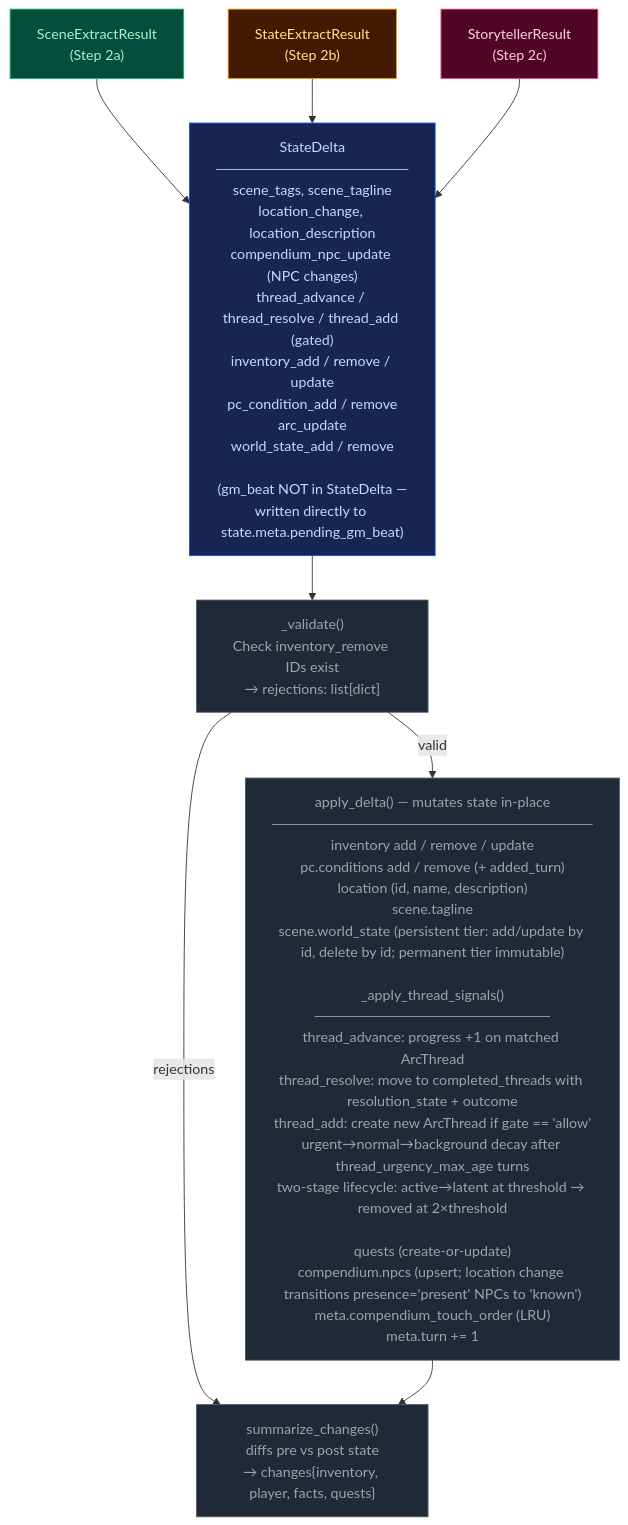
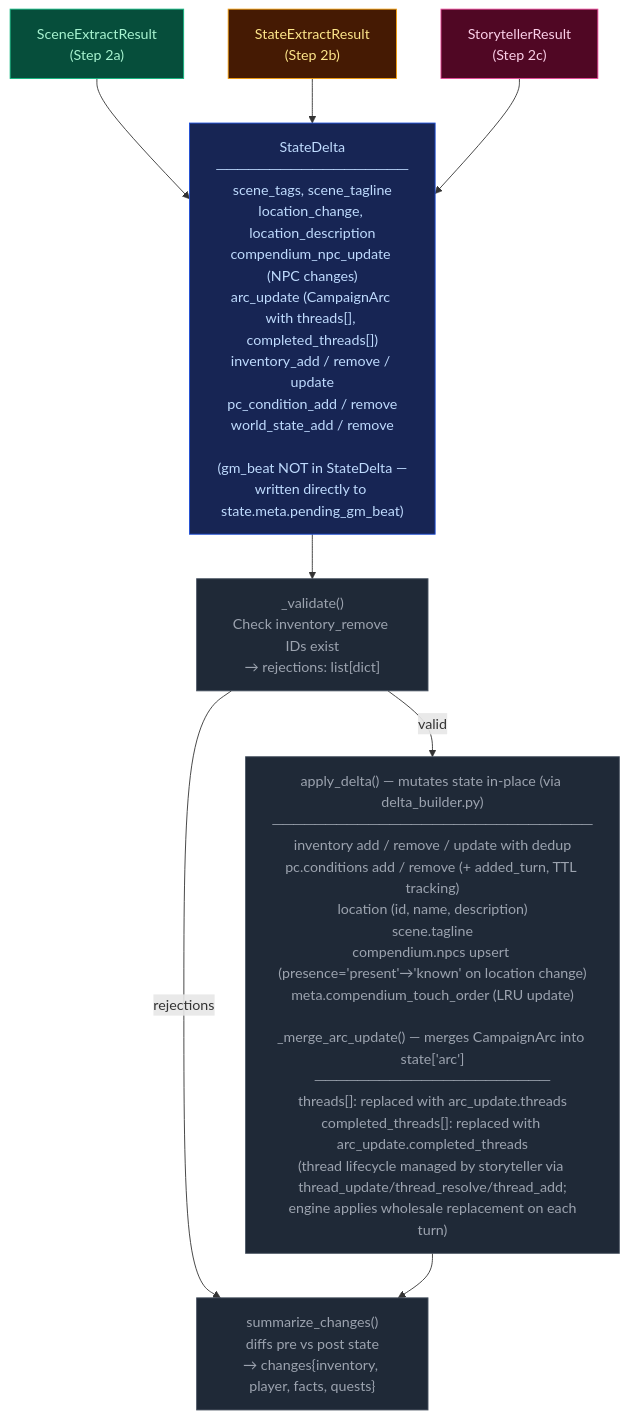
The diagram in docs/architecture/delta-validate.md (pww217/fablethread), drawn with Mermaid before and after one commit. The commit also changed 4 other files, not shown here.

First line of the commit message:
docs: fix stale references in architecture docs after arc-system refactor

````diff
--- a/docs/architecture/delta-validate.md
+++ b/docs/architecture/delta-validate.md
@@ -7,28 +7,28 @@
 ```mermaid
 flowchart TD
     classDef stageScene    fill:#064e3b,color:#a7f3d0,stroke:#10b981
     classDef stageState    fill:#451a03,color:#fde68a,stroke:#f59e0b
     classDef stageProgress fill:#500724,color:#fbcfe8,stroke:#ec4899
     classDef pyNode        fill:#1f2937,color:#9ca3af,stroke:#4b5563
     classDef mergeNode     fill:#172554,color:#bfdbfe,stroke:#1d4ed8
 
     SR1["SceneExtractResult<br>(Step 2a)"]:::stageScene
     SR2["StateExtractResult<br>(Step 2b)"]:::stageState
     SR3["StorytellerResult<br>(Step 2c)"]:::stageProgress
 
-    MERGE["StateDelta<br>──────────────────<br>scene_tags, scene_tagline<br>location_change, location_description<br>compendium_npc_update (NPC changes)<br>thread_advance / thread_resolve / thread_add (gated)<br>inventory_add / remove / update<br>pc_condition_add / remove<br>arc_update<br>world_state_add / remove<br><br>(gm_beat NOT in StateDelta —<br>written directly to state.meta.pending_gm_beat)"]:::mergeNode
+    MERGE["StateDelta<br>──────────────────<br>scene_tags, scene_tagline<br>location_change, location_description<br>compendium_npc_update (NPC changes)<br>arc_update (CampaignArc with threads[], completed_threads[])<br>inventory_add / remove / update<br>pc_condition_add / remove<br>world_state_add / remove<br><br>(gm_beat NOT in StateDelta —<br>written directly to state.meta.pending_gm_beat)"]:::mergeNode
 
     VALIDATE["_validate()<br>Check inventory_remove IDs exist<br>→ rejections: list[dict]"]:::pyNode
 
-    APPLY["apply_delta() — mutates state in-place<br>──────────────────────────────<br>inventory add / remove / update<br>pc.conditions add / remove (+ added_turn)<br>location (id, name, description)<br>scene.tagline<br>scene.world_state (persistent tier: add/update by id, delete by id; permanent tier immutable)<br><br>_apply_thread_signals()<br>──────────────────────<br>thread_advance: progress +1 on matched ArcThread<br>thread_resolve: move to completed_threads with resolution_state + outcome<br>thread_add: create new ArcThread if gate == 'allow'<br>urgent→normal→background decay after thread_urgency_max_age turns<br>two-stage lifecycle: active→latent at threshold → removed at 2×threshold<br><br>quests (create-or-update)<br>compendium.npcs (upsert; location change transitions presence='present' NPCs to 'known')<br>meta.compendium_touch_order (LRU)<br>meta.turn += 1"]:::pyNode
+    APPLY["apply_delta() — mutates state in-place (via delta_builder.py)<br>──────────────────────────────<br>inventory add / remove / update with dedup<br>pc.conditions add / remove (+ added_turn, TTL tracking)<br>location (id, name, description)<br>scene.tagline<br>compendium.npcs upsert (presence='present'→'known' on location change)<br>meta.compendium_touch_order (LRU update)<br><br>_merge_arc_update() — merges CampaignArc into state['arc']<br>──────────────────────<br>threads[]: replaced with arc_update.threads<br>completed_threads[]: replaced with arc_update.completed_threads<br>(thread lifecycle managed by storyteller via thread_update/thread_resolve/thread_add;<br> engine applies wholesale replacement on each turn)"]:::pyNode
 
     DIFF["summarize_changes()<br>diffs pre vs post state<br>→ changes{inventory, player, facts, quests}"]:::pyNode
 
     SR1 --> MERGE
     SR2 --> MERGE
     SR3 --> MERGE
     MERGE --> VALIDATE
     VALIDATE -- "valid" --> APPLY
     VALIDATE -- "rejections" --> DIFF
     APPLY --> DIFF
 ```
````
